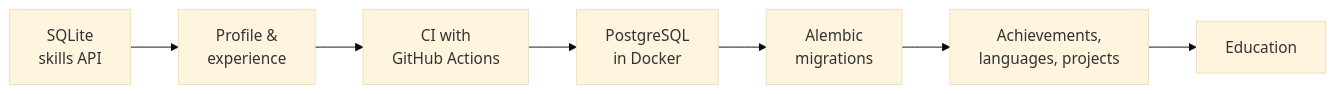
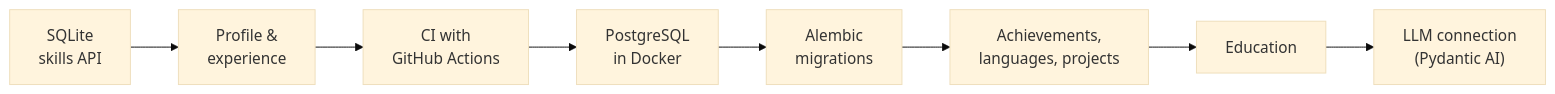
Before and after one commit to GioStack/career-copilot: the second of 2 diagrams in README.md, drawn with Mermaid (base theme). The commit also changed other lines of this file, not shown here.

Commit message:
docs: add the LLM connection to the README and restore its last sections

````diff
--- a/README.md
+++ b/README.md
@@ -57,4 +59,4 @@
 ```mermaid
 flowchart LR
-    A["SQLite<br/>skills API"] --> B["Profile &<br/>experience"] --> C["CI with<br/>GitHub Actions"] --> D["PostgreSQL<br/>in Docker"] --> E["Alembic<br/>migrations"] --> F["Achievements,<br/>languages, projects"] --> G["Education"]
+    A["SQLite<br/>skills API"] --> B["Profile &<br/>experience"] --> C["CI with<br/>GitHub Actions"] --> D["PostgreSQL<br/>in Docker"] --> E["Alembic<br/>migrations"] --> F["Achievements,<br/>languages, projects"] --> G["Education"] --> H["LLM connection<br/>(Pydantic AI)"]
 ```
````
